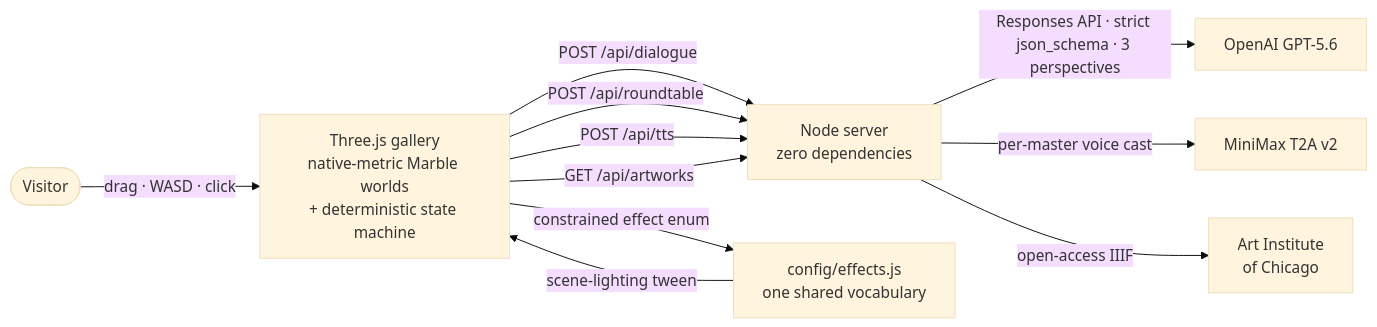
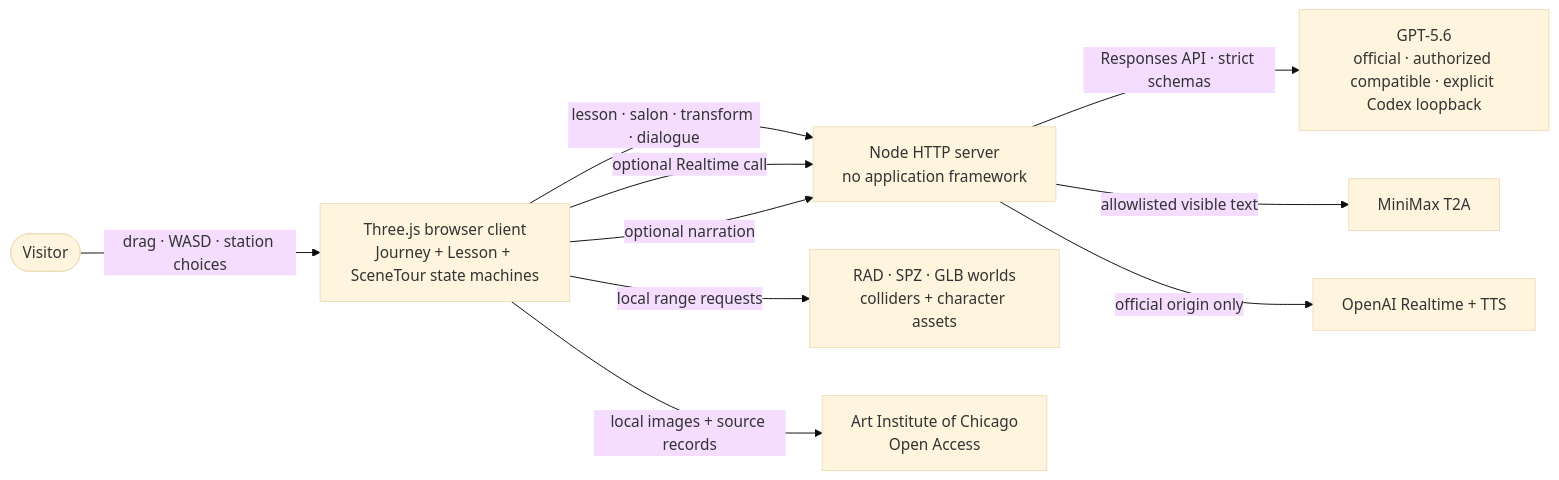
One commit to SkylarWJY/muse-infinity-openai-build-week changed the diagram in README.md. Above: the diagram before and after it, drawn with Mermaid (base theme). The commit also changed other lines of this file and 316 other files, not shown here.

````diff
--- a/README.md
+++ b/README.md
@@ -262,13 +316,12 @@
-```mermaid
+~~~mermaid
 flowchart LR
-    V([Visitor]) -->|drag · WASD · click| B[Three.js gallery<br/>native-metric Marble worlds<br/>+ deterministic state machine]
-    B -->|"POST /api/dialogue"| S[Node server<br/>zero dependencies]
-    B -->|"POST /api/roundtable"| S
-    B -->|"POST /api/tts"| S
-    B -->|"GET /api/artworks"| S
-    S -->|"Responses API · strict json_schema · 3 perspectives"| L[OpenAI GPT-5.6]
-    S -->|per-master voice cast| M[MiniMax T2A v2]
-    S -->|open-access IIIF| A[Art Institute<br/>of Chicago]
-    B -->|constrained effect enum| E[config/effects.js<br/>one shared vocabulary]
-    E -->|scene-lighting tween| B
-```
+    V([Visitor]) -->|drag · WASD · station choices| B[Three.js browser client<br/>Journey + Lesson + SceneTour state machines]
+    B -->|lesson · salon · transform · dialogue| S[Node HTTP server<br/>no application framework]
+    B -->|optional Realtime call| S
+    B -->|optional narration| S
+    S -->|Responses API · strict schemas| O[GPT-5.6<br/>official · authorized compatible · explicit Codex loopback]
+    S -->|allowlisted visible text| M[MiniMax T2A]
+    S -->|official origin only| R[OpenAI Realtime + TTS]
+    B -->|local range requests| W[RAD · SPZ · GLB worlds<br/>colliders + character assets]
+    B -->|local images + source records| A[Art Institute of Chicago<br/>Open Access]
+~~~
````
